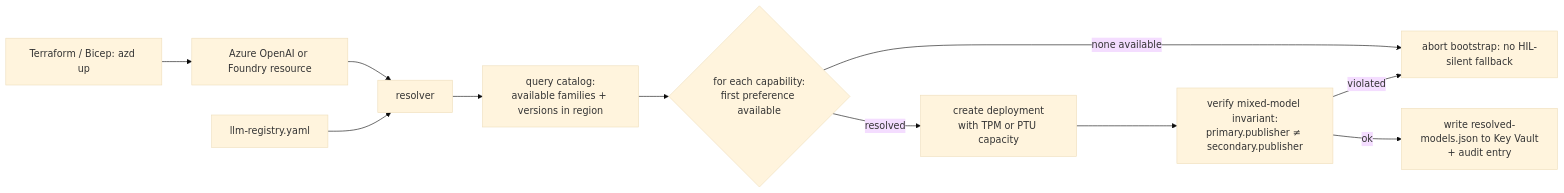
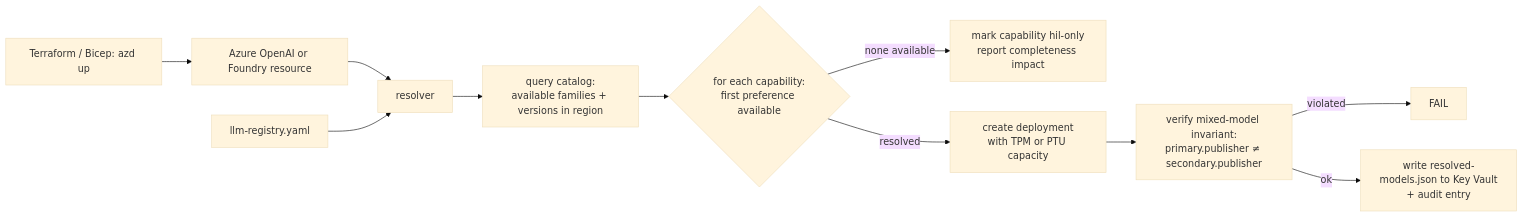
The second of 4 diagrams in docs/roadmap/architecture/llm-strategy.md (dotnetpower/fdai), drawn with Mermaid (base theme) before and after one commit. The commit also changed other lines of this file and 747 other files, not shown here.

First line of the commit message:
feat: complete governed autonomy roadmap

````diff
--- a/docs/roadmap/architecture/llm-strategy.md
+++ b/docs/roadmap/architecture/llm-strategy.md
@@ -300,13 +300,13 @@
 ```mermaid
 flowchart LR
     IAC[Terraform / Bicep: azd up] --> AOAI[Azure OpenAI or Foundry resource]
     AOAI --> RES[resolver]
     REG[llm-registry.yaml] --> RES
     RES --> CAT[query catalog:<br/>available families + versions in region]
     CAT --> PICK{for each capability:<br/>first preference available}
-    PICK -->|none available| FAIL[abort bootstrap: no HIL-silent fallback]
+    PICK -->|none available| HIL[mark capability hil-only<br/>report completeness impact]
     PICK -->|resolved| DEPLOY[create deployment<br/>with TPM or PTU capacity]
     DEPLOY --> INV[verify mixed-model invariant:<br/>primary.publisher ≠ secondary.publisher]
     INV -->|violated| FAIL
     INV -->|ok| MAP[write resolved-models.json to Key Vault<br/>+ audit entry]
 ```
````
